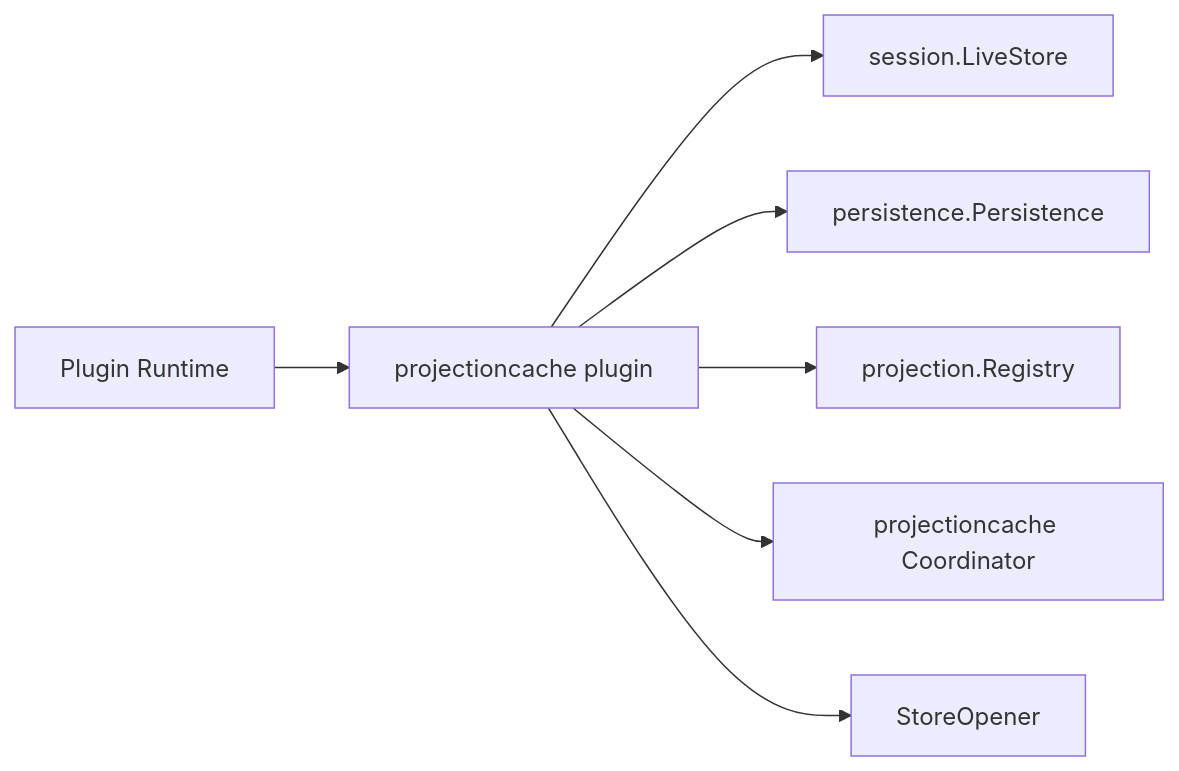
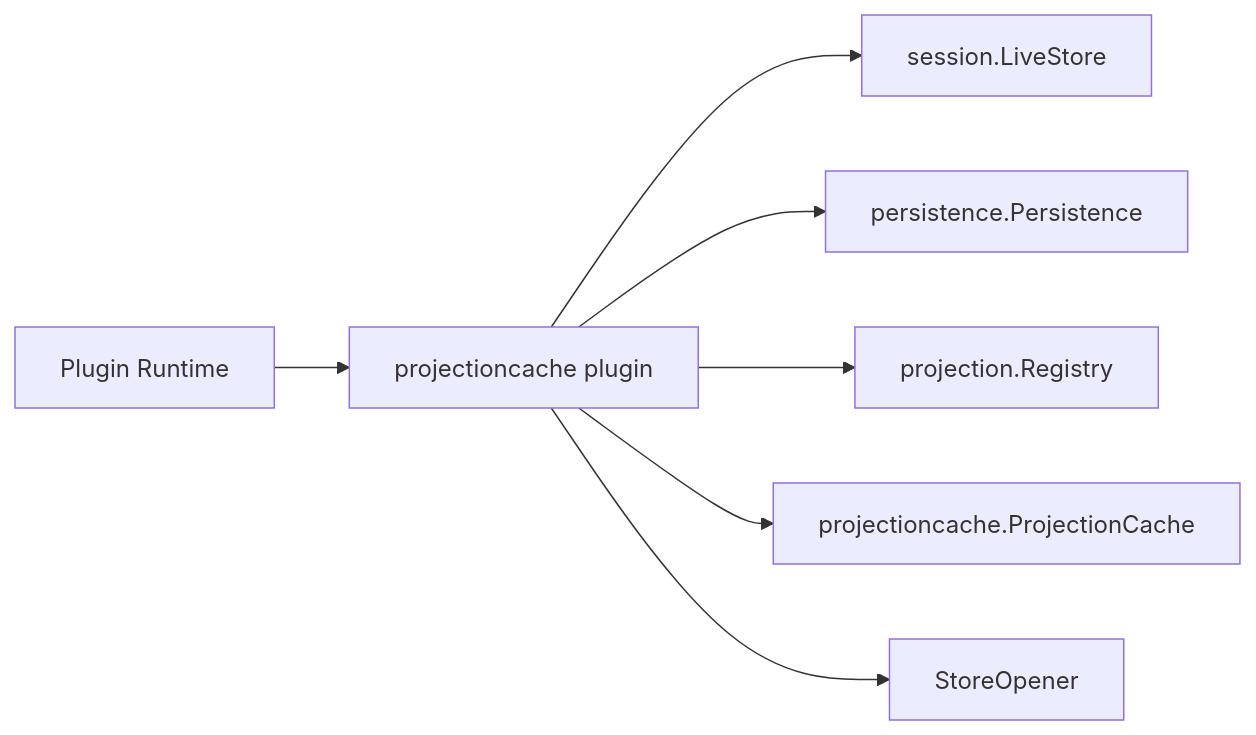
The diagram in session/projectioncache/plugin/README.zh-CN.md (gorenx/goren), drawn with Mermaid before and after one commit. The commit also changed other lines of this file and 11 other files, not shown here.

Commit message:
docs(session): align lifecycle and projection cache design

````diff
--- a/session/projectioncache/plugin/README.zh-CN.md
+++ b/session/projectioncache/plugin/README.zh-CN.md
@@ -5,9 +5,9 @@
 ```mermaid
 flowchart LR
     Runtime[Plugin Runtime] --> Plugin[projectioncache plugin]
     Plugin --> Sessions[session.LiveStore]
     Plugin --> Persistence[persistence.Persistence]
     Plugin --> Registry[projection.Registry]
-    Plugin --> Cache[projectioncache Coordinator]
+    Plugin --> Cache[projectioncache.ProjectionCache]
     Plugin --> Opener[StoreOpener]
 ```
````
